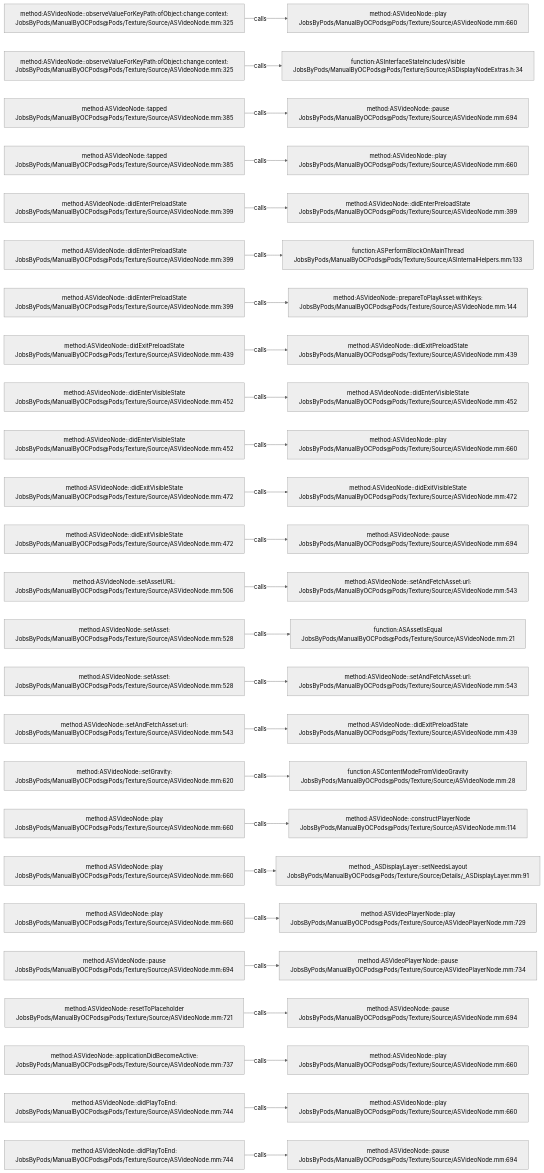
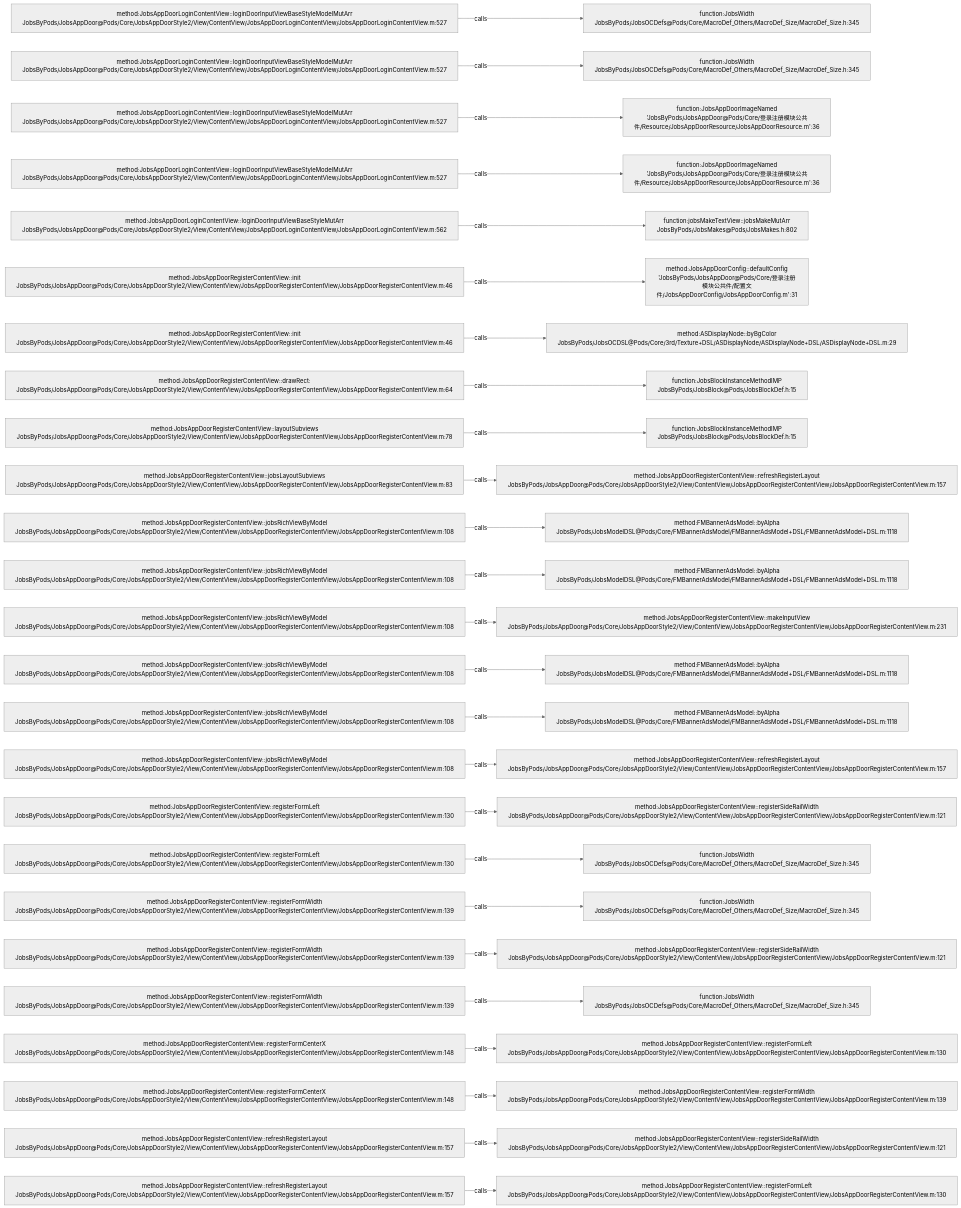
Before and after one commit to JobsKits/JobsOCBaseConfigDemo: the diagram in .codegraph/codegraph.md/graphs/calls-128.md, drawn with Mermaid (neutral theme). The commit also changed 768 other files, not shown here.

````diff
--- a/.codegraph/codegraph.md/graphs/calls-128.md
+++ b/.codegraph/codegraph.md/graphs/calls-128.md
@@ -13,78 +13,78 @@
 ```mermaid
 flowchart LR
-  S1["method:ASVideoNode::observeValueForKeyPath:ofObject:change:context:<br/>JobsByPods/ManualByOCPods@Pods/Texture/Source/ASVideoNode.mm:325"]
-  T1["method:ASVideoNode::play<br/>JobsByPods/ManualByOCPods@Pods/Texture/Source/ASVideoNode.mm:660"]
+  S1["method:JobsAppDoorLoginContentView::loginDoorInputViewBaseStyleModelMutArr<br/>JobsByPods/JobsAppDoor@Pods/Core/JobsAppDoorStyle2/View/ContentView/JobsAppDoorLoginContentView/JobsAppDoorLoginContentView.m:527"]
+  T1["function:JobsWidth<br/>JobsByPods/JobsOCDefs@Pods/Core/MacroDef_Others/MacroDef_Size/MacroDef_Size.h:345"]
   S1 -->|calls| T1
-  S2["method:ASVideoNode::observeValueForKeyPath:ofObject:change:context:<br/>JobsByPods/ManualByOCPods@Pods/Texture/Source/ASVideoNode.mm:325"]
-  T2["function:ASInterfaceStateIncludesVisible<br/>JobsByPods/ManualByOCPods@Pods/Texture/Source/ASDisplayNodeExtras.h:34"]
+  S2["method:JobsAppDoorLoginContentView::loginDoorInputViewBaseStyleModelMutArr<br/>JobsByPods/JobsAppDoor@Pods/Core/JobsAppDoorStyle2/View/ContentView/JobsAppDoorLoginContentView/JobsAppDoorLoginContentView.m:527"]
+  T2["function:JobsWidth<br/>JobsByPods/JobsOCDefs@Pods/Core/MacroDef_Others/MacroDef_Size/MacroDef_Size.h:345"]
   S2 -->|calls| T2
-  S3["method:ASVideoNode::tapped<br/>JobsByPods/ManualByOCPods@Pods/Texture/Source/ASVideoNode.mm:385"]
-  T3["method:ASVideoNode::pause<br/>JobsByPods/ManualByOCPods@Pods/Texture/Source/ASVideoNode.mm:694"]
+  S3["method:JobsAppDoorLoginContentView::loginDoorInputViewBaseStyleModelMutArr<br/>JobsByPods/JobsAppDoor@Pods/Core/JobsAppDoorStyle2/View/ContentView/JobsAppDoorLoginContentView/JobsAppDoorLoginContentView.m:527"]
+  T3["function:JobsAppDoorImageNamed<br/>'JobsByPods/JobsAppDoor@Pods/Core/登录注册模块公共件/Resource/JobsAppDoorResource/JobsAppDoorResource.m':36"]
   S3 -->|calls| T3
-  S4["method:ASVideoNode::tapped<br/>JobsByPods/ManualByOCPods@Pods/Texture/Source/ASVideoNode.mm:385"]
-  T4["method:ASVideoNode::play<br/>JobsByPods/ManualByOCPods@Pods/Texture/Source/ASVideoNode.mm:660"]
+  S4["method:JobsAppDoorLoginContentView::loginDoorInputViewBaseStyleModelMutArr<br/>JobsByPods/JobsAppDoor@Pods/Core/JobsAppDoorStyle2/View/ContentView/JobsAppDoorLoginContentView/JobsAppDoorLoginContentView.m:527"]
+  T4["function:JobsAppDoorImageNamed<br/>'JobsByPods/JobsAppDoor@Pods/Core/登录注册模块公共件/Resource/JobsAppDoorResource/JobsAppDoorResource.m':36"]
   S4 -->|calls| T4
-  S5["method:ASVideoNode::didEnterPreloadState<br/>JobsByPods/ManualByOCPods@Pods/Texture/Source/ASVideoNode.mm:399"]
-  T5["method:ASVideoNode::didEnterPreloadState<br/>JobsByPods/ManualByOCPods@Pods/Texture/Source/ASVideoNode.mm:399"]
+  S5["method:JobsAppDoorLoginContentView::loginDoorInputViewBaseStyleMutArr<br/>JobsByPods/JobsAppDoor@Pods/Core/JobsAppDoorStyle2/View/ContentView/JobsAppDoorLoginContentView/JobsAppDoorLoginContentView.m:562"]
+  T5["function:jobsMakeTextView::jobsMakeMutArr<br/>JobsByPods/JobsMakes@Pods/JobsMakes.h:802"]
   S5 -->|calls| T5
-  S6["method:ASVideoNode::didEnterPreloadState<br/>JobsByPods/ManualByOCPods@Pods/Texture/Source/ASVideoNode.mm:399"]
-  T6["function:ASPerformBlockOnMainThread<br/>JobsByPods/ManualByOCPods@Pods/Texture/Source/ASInternalHelpers.mm:133"]
+  S6["method:JobsAppDoorRegisterContentView::init<br/>JobsByPods/JobsAppDoor@Pods/Core/JobsAppDoorStyle2/View/ContentView/JobsAppDoorRegisterContentView/JobsAppDoorRegisterContentView.m:46"]
+  T6["method:JobsAppDoorConfig::defaultConfig<br/>'JobsByPods/JobsAppDoor@Pods/Core/登录注册模块公共件/配置文件/JobsAppDoorConfig/JobsAppDoorConfig.m':31"]
   S6 -->|calls| T6
-  S7["method:ASVideoNode::didEnterPreloadState<br/>JobsByPods/ManualByOCPods@Pods/Texture/Source/ASVideoNode.mm:399"]
-  T7["method:ASVideoNode::prepareToPlayAsset:withKeys:<br/>JobsByPods/ManualByOCPods@Pods/Texture/Source/ASVideoNode.mm:144"]
+  S7["method:JobsAppDoorRegisterContentView::init<br/>JobsByPods/JobsAppDoor@Pods/Core/JobsAppDoorStyle2/View/ContentView/JobsAppDoorRegisterContentView/JobsAppDoorRegisterContentView.m:46"]
+  T7["method:ASDisplayNode::byBgColor<br/>JobsByPods/JobsOCDSL@Pods/Core/3rd/Texture+DSL/ASDisplayNode/ASDisplayNode+DSL/ASDisplayNode+DSL.m:29"]
   S7 -->|calls| T7
-  S8["method:ASVideoNode::didExitPreloadState<br/>JobsByPods/ManualByOCPods@Pods/Texture/Source/ASVideoNode.mm:439"]
-  T8["method:ASVideoNode::didExitPreloadState<br/>JobsByPods/ManualByOCPods@Pods/Texture/Source/ASVideoNode.mm:439"]
+  S8["method:JobsAppDoorRegisterContentView::drawRect:<br/>JobsByPods/JobsAppDoor@Pods/Core/JobsAppDoorStyle2/View/ContentView/JobsAppDoorRegisterContentView/JobsAppDoorRegisterContentView.m:64"]
+  T8["function:JobsBlockInstanceMethodIMP<br/>JobsByPods/JobsBlock@Pods/JobsBlockDef.h:15"]
   S8 -->|calls| T8
-  S9["method:ASVideoNode::didEnterVisibleState<br/>JobsByPods/ManualByOCPods@Pods/Texture/Source/ASVideoNode.mm:452"]
-  T9["method:ASVideoNode::didEnterVisibleState<br/>JobsByPods/ManualByOCPods@Pods/Texture/Source/ASVideoNode.mm:452"]
+  S9["method:JobsAppDoorRegisterContentView::layoutSubviews<br/>JobsByPods/JobsAppDoor@Pods/Core/JobsAppDoorStyle2/View/ContentView/JobsAppDoorRegisterContentView/JobsAppDoorRegisterContentView.m:78"]
+  T9["function:JobsBlockInstanceMethodIMP<br/>JobsByPods/JobsBlock@Pods/JobsBlockDef.h:15"]
   S9 -->|calls| T9
-  S10["method:ASVideoNode::didEnterVisibleState<br/>JobsByPods/ManualByOCPods@Pods/Texture/Source/ASVideoNode.mm:452"]
-  T10["method:ASVideoNode::play<br/>JobsByPods/ManualByOCPods@Pods/Texture/Source/ASVideoNode.mm:660"]
+  S10["method:JobsAppDoorRegisterContentView::jobsLayoutSubviews<br/>JobsByPods/JobsAppDoor@Pods/Core/JobsAppDoorStyle2/View/ContentView/JobsAppDoorRegisterContentView/JobsAppDoorRegisterContentView.m:83"]
+  T10["method:JobsAppDoorRegisterContentView::refreshRegisterLayout<br/>JobsByPods/JobsAppDoor@Pods/Core/JobsAppDoorStyle2/View/ContentView/JobsAppDoorRegisterContentView/JobsAppDoorRegisterContentView.m:157"]
   S10 -->|calls| T10
-  S11["method:ASVideoNode::didExitVisibleState<br/>JobsByPods/ManualByOCPods@Pods/Texture/Source/ASVideoNode.mm:472"]
-  T11["method:ASVideoNode::didExitVisibleState<br/>JobsByPods/ManualByOCPods@Pods/Texture/Source/ASVideoNode.mm:472"]
+  S11["method:JobsAppDoorRegisterContentView::jobsRichViewByModel<br/>JobsByPods/JobsAppDoor@Pods/Core/JobsAppDoorStyle2/View/ContentView/JobsAppDoorRegisterContentView/JobsAppDoorRegisterContentView.m:108"]
+  T11["method:FMBannerAdsModel::byAlpha<br/>JobsByPods/JobsModelDSL@Pods/Core/FMBannerAdsModel/FMBannerAdsModel+DSL/FMBannerAdsModel+DSL.m:1118"]
   S11 -->|calls| T11
-  S12["method:ASVideoNode::didExitVisibleState<br/>JobsByPods/ManualByOCPods@Pods/Texture/Source/ASVideoNode.mm:472"]
-  T12["method:ASVideoNode::pause<br/>JobsByPods/ManualByOCPods@Pods/Texture/Source/ASVideoNode.mm:694"]
+  S12["method:JobsAppDoorRegisterContentView::jobsRichViewByModel<br/>JobsByPods/JobsAppDoor@Pods/Core/JobsAppDoorStyle2/View/ContentView/JobsAppDoorRegisterContentView/JobsAppDoorRegisterContentView.m:108"]
+  T12["method:FMBannerAdsModel::byAlpha<br/>JobsByPods/JobsModelDSL@Pods/Core/FMBannerAdsModel/FMBannerAdsModel+DSL/FMBannerAdsModel+DSL.m:1118"]
   S12 -->|calls| T12
-  S13["method:ASVideoNode::setAssetURL:<br/>JobsByPods/ManualByOCPods@Pods/Texture/Source/ASVideoNode.mm:506"]
-  T13["method:ASVideoNode::setAndFetchAsset:url:<br/>JobsByPods/ManualByOCPods@Pods/Texture/Source/ASVideoNode.mm:543"]
+  S13["method:JobsAppDoorRegisterContentView::jobsRichViewByModel<br/>JobsByPods/JobsAppDoor@Pods/Core/JobsAppDoorStyle2/View/ContentView/JobsAppDoorRegisterContentView/JobsAppDoorRegisterContentView.m:108"]
+  T13["method:JobsAppDoorRegisterContentView::makeInputView<br/>JobsByPods/JobsAppDoor@Pods/Core/JobsAppDoorStyle2/View/ContentView/JobsAppDoorRegisterContentView/JobsAppDoorRegisterContentView.m:231"]
   S13 -->|calls| T13
-  S14["method:ASVideoNode::setAsset:<br/>JobsByPods/ManualByOCPods@Pods/Texture/Source/ASVideoNode.mm:528"]
-  T14["function:ASAssetIsEqual<br/>JobsByPods/ManualByOCPods@Pods/Texture/Source/ASVideoNode.mm:21"]
+  S14["method:JobsAppDoorRegisterContentView::jobsRichViewByModel<br/>JobsByPods/JobsAppDoor@Pods/Core/JobsAppDoorStyle2/View/ContentView/JobsAppDoorRegisterContentView/JobsAppDoorRegisterContentView.m:108"]
+  T14["method:FMBannerAdsModel::byAlpha<br/>JobsByPods/JobsModelDSL@Pods/Core/FMBannerAdsModel/FMBannerAdsModel+DSL/FMBannerAdsModel+DSL.m:1118"]
   S14 -->|calls| T14
-  S15["method:ASVideoNode::setAsset:<br/>JobsByPods/ManualByOCPods@Pods/Texture/Source/ASVideoNode.mm:528"]
-  T15["method:ASVideoNode::setAndFetchAsset:url:<br/>JobsByPods/ManualByOCPods@Pods/Texture/Source/ASVideoNode.mm:543"]
+  S15["method:JobsAppDoorRegisterContentView::jobsRichViewByModel<br/>JobsByPods/JobsAppDoor@Pods/Core/JobsAppDoorStyle2/View/ContentView/JobsAppDoorRegisterContentView/JobsAppDoorRegisterContentView.m:108"]
+  T15["method:FMBannerAdsModel::byAlpha<br/>JobsByPods/JobsModelDSL@Pods/Core/FMBannerAdsModel/FMBannerAdsModel+DSL/FMBannerAdsModel+DSL.m:1118"]
   S15 -->|calls| T15
-  S16["method:ASVideoNode::setAndFetchAsset:url:<br/>JobsByPods/ManualByOCPods@Pods/Texture/Source/ASVideoNode.mm:543"]
-  T16["method:ASVideoNode::didExitPreloadState<br/>JobsByPods/ManualByOCPods@Pods/Texture/Source/ASVideoNode.mm:439"]
+  S16["method:JobsAppDoorRegisterContentView::jobsRichViewByModel<br/>JobsByPods/JobsAppDoor@Pods/Core/JobsAppDoorStyle2/View/ContentView/JobsAppDoorRegisterContentView/JobsAppDoorRegisterContentView.m:108"]
+  T16["method:JobsAppDoorRegisterContentView::refreshRegisterLayout<br/>JobsByPods/JobsAppDoor@Pods/Core/JobsAppDoorStyle2/View/ContentView/JobsAppDoorRegisterContentView/JobsAppDoorRegisterContentView.m:157"]
   S16 -->|calls| T16
-  S17["method:ASVideoNode::setGravity:<br/>JobsByPods/ManualByOCPods@Pods/Texture/Source/ASVideoNode.mm:620"]
-  T17["function:ASContentModeFromVideoGravity<br/>JobsByPods/ManualByOCPods@Pods/Texture/Source/ASVideoNode.mm:28"]
+  S17["method:JobsAppDoorRegisterContentView::registerFormLeft<br/>JobsByPods/JobsAppDoor@Pods/Core/JobsAppDoorStyle2/View/ContentView/JobsAppDoorRegisterContentView/JobsAppDoorRegisterContentView.m:130"]
+  T17["method:JobsAppDoorRegisterContentView::registerSideRailWidth<br/>JobsByPods/JobsAppDoor@Pods/Core/JobsAppDoorStyle2/View/ContentView/JobsAppDoorRegisterContentView/JobsAppDoorRegisterContentView.m:121"]
   S17 -->|calls| T17
-  S18["method:ASVideoNode::play<br/>JobsByPods/ManualByOCPods@Pods/Texture/Source/ASVideoNode.mm:660"]
-  T18["method:ASVideoNode::constructPlayerNode<br/>JobsByPods/ManualByOCPods@Pods/Texture/Source/ASVideoNode.mm:114"]
+  S18["method:JobsAppDoorRegisterContentView::registerFormLeft<br/>JobsByPods/JobsAppDoor@Pods/Core/JobsAppDoorStyle2/View/ContentView/JobsAppDoorRegisterContentView/JobsAppDoorRegisterContentView.m:130"]
+  T18["function:JobsWidth<br/>JobsByPods/JobsOCDefs@Pods/Core/MacroDef_Others/MacroDef_Size/MacroDef_Size.h:345"]
   S18 -->|calls| T18
-  S19["method:ASVideoNode::play<br/>JobsByPods/ManualByOCPods@Pods/Texture/Source/ASVideoNode.mm:660"]
-  T19["method:_ASDisplayLayer::setNeedsLayout<br/>JobsByPods/ManualByOCPods@Pods/Texture/Source/Details/_ASDisplayLayer.mm:91"]
+  S19["method:JobsAppDoorRegisterContentView::registerFormWidth<br/>JobsByPods/JobsAppDoor@Pods/Core/JobsAppDoorStyle2/View/ContentView/JobsAppDoorRegisterContentView/JobsAppDoorRegisterContentView.m:139"]
+  T19["function:JobsWidth<br/>JobsByPods/JobsOCDefs@Pods/Core/MacroDef_Others/MacroDef_Size/MacroDef_Size.h:345"]
   S19 -->|calls| T19
-  S20["method:ASVideoNode::play<br/>JobsByPods/ManualByOCPods@Pods/Texture/Source/ASVideoNode.mm:660"]
-  T20["method:ASVideoPlayerNode::play<br/>JobsByPods/ManualByOCPods@Pods/Texture/Source/ASVideoPlayerNode.mm:729"]
+  S20["method:JobsAppDoorRegisterContentView::registerFormWidth<br/>JobsByPods/JobsAppDoor@Pods/Core/JobsAppDoorStyle2/View/ContentView/JobsAppDoorRegisterContentView/JobsAppDoorRegisterContentView.m:139"]
+  T20["method:JobsAppDoorRegisterContentView::registerSideRailWidth<br/>JobsByPods/JobsAppDoor@Pods/Core/JobsAppDoorStyle2/View/ContentView/JobsAppDoorRegisterContentView/JobsAppDoorRegisterContentView.m:121"]
   S20 -->|calls| T20
-  S21["method:ASVideoNode::pause<br/>JobsByPods/ManualByOCPods@Pods/Texture/Source/ASVideoNode.mm:694"]
-  T21["method:ASVideoPlayerNode::pause<br/>JobsByPods/ManualByOCPods@Pods/Texture/Source/ASVideoPlayerNode.mm:734"]
+  S21["method:JobsAppDoorRegisterContentView::registerFormWidth<br/>JobsByPods/JobsAppDoor@Pods/Core/JobsAppDoorStyle2/View/ContentView/JobsAppDoorRegisterContentView/JobsAppDoorRegisterContentView.m:139"]
+  T21["function:JobsWidth<br/>JobsByPods/JobsOCDefs@Pods/Core/MacroDef_Others/MacroDef_Size/MacroDef_Size.h:345"]
   S21 -->|calls| T21
-  S22["method:ASVideoNode::resetToPlaceholder<br/>JobsByPods/ManualByOCPods@Pods/Texture/Source/ASVideoNode.mm:721"]
-  T22["method:ASVideoNode::pause<br/>JobsByPods/ManualByOCPods@Pods/Texture/Source/ASVideoNode.mm:694"]
+  S22["method:JobsAppDoorRegisterContentView::registerFormCenterX<br/>JobsByPods/JobsAppDoor@Pods/Core/JobsAppDoorStyle2/View/ContentView/JobsAppDoorRegisterContentView/JobsAppDoorRegisterContentView.m:148"]
+  T22["method:JobsAppDoorRegisterContentView::registerFormLeft<br/>JobsByPods/JobsAppDoor@Pods/Core/JobsAppDoorStyle2/View/ContentView/JobsAppDoorRegisterContentView/JobsAppDoorRegisterContentView.m:130"]
   S22 -->|calls| T22
-  S23["method:ASVideoNode::applicationDidBecomeActive:<br/>JobsByPods/ManualByOCPods@Pods/Texture/Source/ASVideoNode.mm:737"]
-  T23["method:ASVideoNode::play<br/>JobsByPods/ManualByOCPods@Pods/Texture/Source/ASVideoNode.mm:660"]
+  S23["method:JobsAppDoorRegisterContentView::registerFormCenterX<br/>JobsByPods/JobsAppDoor@Pods/Core/JobsAppDoorStyle2/View/ContentView/JobsAppDoorRegisterContentView/JobsAppDoorRegisterContentView.m:148"]
+  T23["method:JobsAppDoorRegisterContentView::registerFormWidth<br/>JobsByPods/JobsAppDoor@Pods/Core/JobsAppDoorStyle2/View/ContentView/JobsAppDoorRegisterContentView/JobsAppDoorRegisterContentView.m:139"]
   S23 -->|calls| T23
-  S24["method:ASVideoNode::didPlayToEnd:<br/>JobsByPods/ManualByOCPods@Pods/Texture/Source/ASVideoNode.mm:744"]
-  T24["method:ASVideoNode::play<br/>JobsByPods/ManualByOCPods@Pods/Texture/Source/ASVideoNode.mm:660"]
+  S24["method:JobsAppDoorRegisterContentView::refreshRegisterLayout<br/>JobsByPods/JobsAppDoor@Pods/Core/JobsAppDoorStyle2/View/ContentView/JobsAppDoorRegisterContentView/JobsAppDoorRegisterContentView.m:157"]
+  T24["method:JobsAppDoorRegisterContentView::registerSideRailWidth<br/>JobsByPods/JobsAppDoor@Pods/Core/JobsAppDoorStyle2/View/ContentView/JobsAppDoorRegisterContentView/JobsAppDoorRegisterContentView.m:121"]
   S24 -->|calls| T24
-  S25["method:ASVideoNode::didPlayToEnd:<br/>JobsByPods/ManualByOCPods@Pods/Texture/Source/ASVideoNode.mm:744"]
-  T25["method:ASVideoNode::pause<br/>JobsByPods/ManualByOCPods@Pods/Texture/Source/ASVideoNode.mm:694"]
+  S25["method:JobsAppDoorRegisterContentView::refreshRegisterLayout<br/>JobsByPods/JobsAppDoor@Pods/Core/JobsAppDoorStyle2/View/ContentView/JobsAppDoorRegisterContentView/JobsAppDoorRegisterContentView.m:157"]
+  T25["method:JobsAppDoorRegisterContentView::registerFormLeft<br/>JobsByPods/JobsAppDoor@Pods/Core/JobsAppDoorStyle2/View/ContentView/JobsAppDoorRegisterContentView/JobsAppDoorRegisterContentView.m:130"]
   S25 -->|calls| T25
 ```
````
